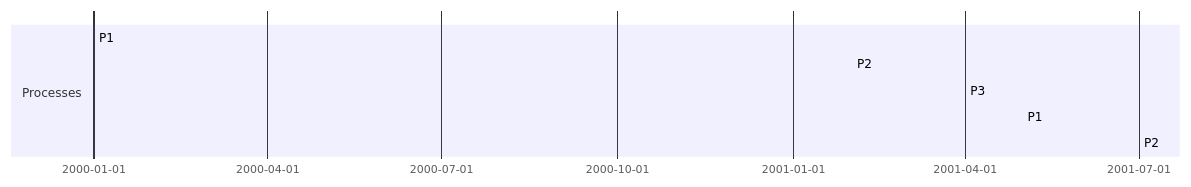
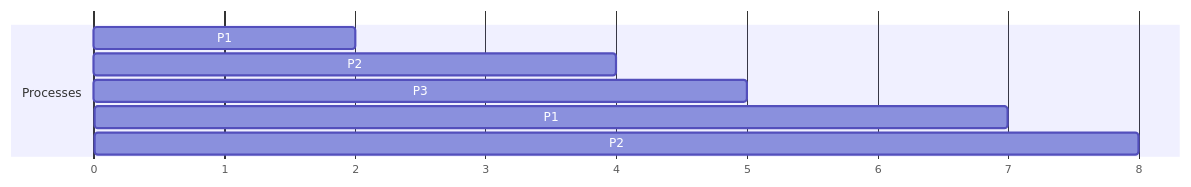
One commit to firdaceah/SisOp-2025 changed the diagram in scheduling.md. Above: the diagram before and after it, drawn with Mermaid.

Commit message:
scheduling update

````diff
--- a/scheduling.md
+++ b/scheduling.md
@@ -68,11 +68,11 @@
 ```mermaid
 gantt
-    dateFormat  %x
-    tickInterval 1s
+    dateFormat  X
+    axisFormat %s
     section Processes
     P1:0,2
     P2:2,4
     P3:4,5
     P1:5,7
     P2:7,8
 ```
````
